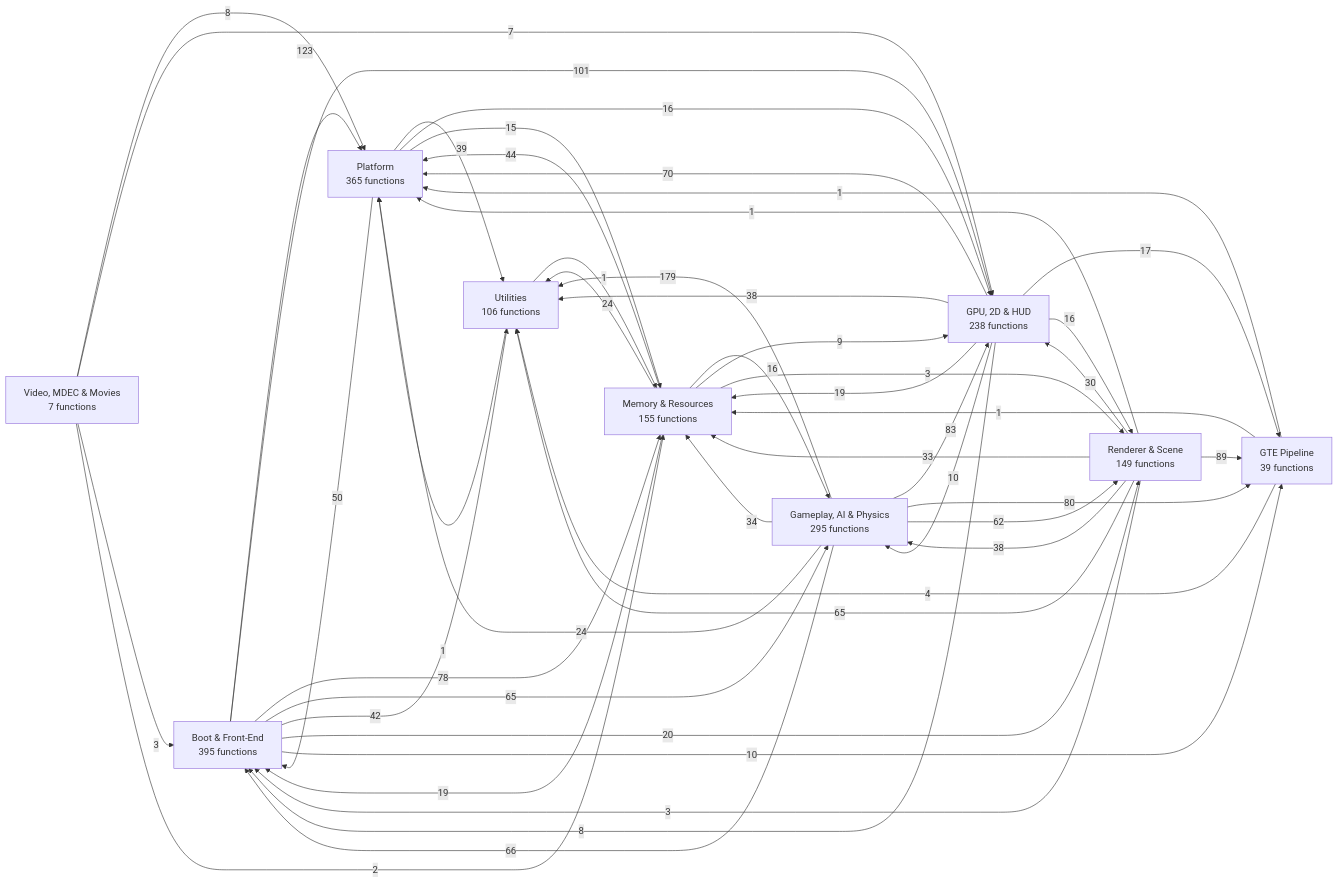
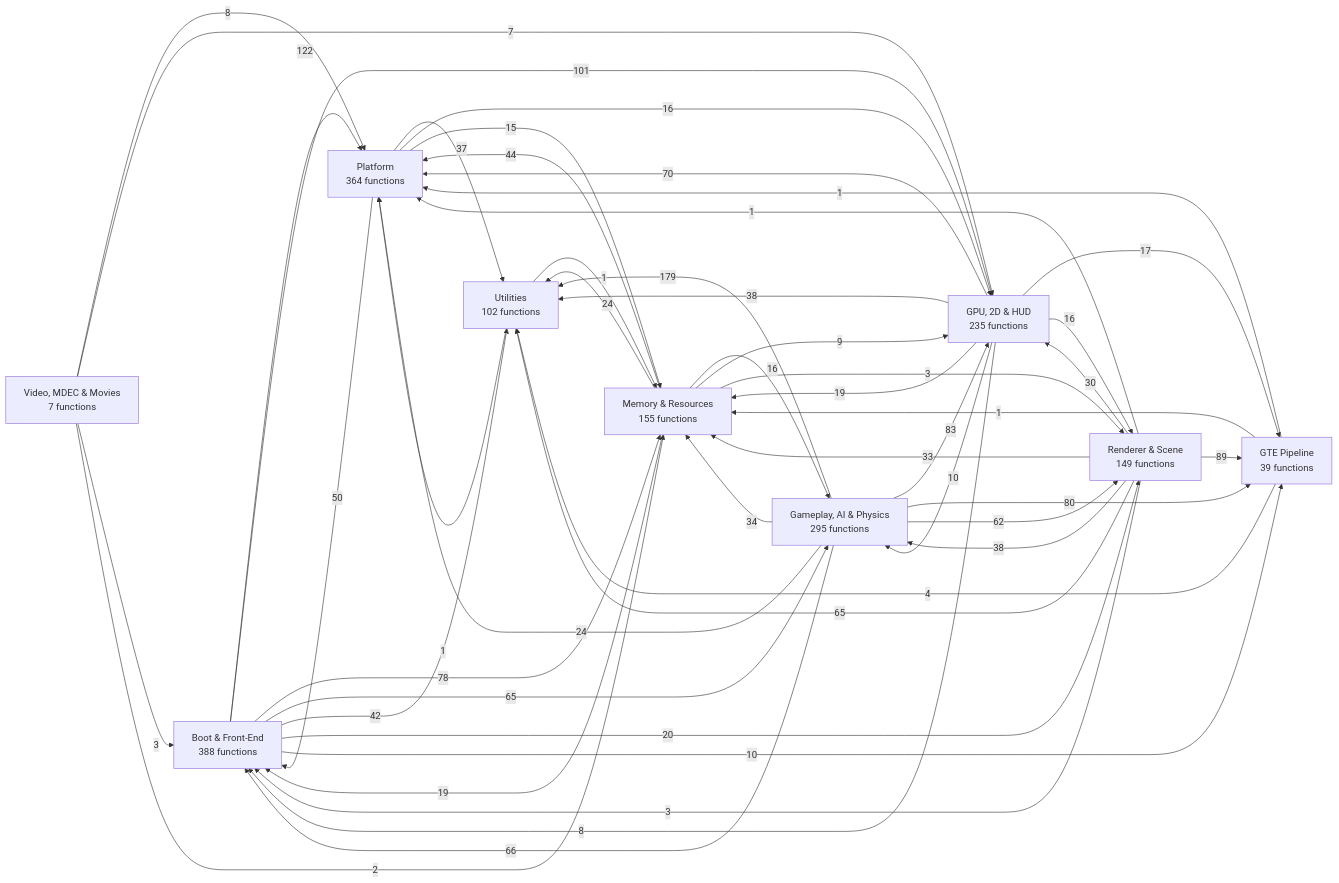
One commit to kai-luni/Future-Cop-L.A.P.D-PS1 changed the first of 11 diagrams in docs/FUNCTION_MAP.md. Above: the diagram before and after it, drawn with Mermaid. The commit also changed other lines of this file and 385 other files, not shown here.

````diff
--- a/docs/FUNCTION_MAP.md
+++ b/docs/FUNCTION_MAP.md
@@ -13,59 +13,59 @@
 ```mermaid
 graph LR
-    g0["Boot & Front-End<br/>395 functions"]
+    g0["Boot & Front-End<br/>388 functions"]
     g1["Memory & Resources<br/>155 functions"]
     g2["Video, MDEC & Movies<br/>7 functions"]
     g3["GTE Pipeline<br/>39 functions"]
     g4["Renderer & Scene<br/>149 functions"]
-    g5["GPU, 2D & HUD<br/>238 functions"]
+    g5["GPU, 2D & HUD<br/>235 functions"]
     g6["Gameplay, AI & Physics<br/>295 functions"]
-    g7["Platform<br/>365 functions"]
-    g8["Utilities<br/>106 functions"]
+    g7["Platform<br/>364 functions"]
+    g8["Utilities<br/>102 functions"]
     g6 -->|179| g8
-    g0 -->|123| g7
+    g0 -->|122| g7
     g0 -->|101| g5
     g4 -->|89| g3
     g6 -->|83| g5
     g6 -->|80| g3
     g0 -->|78| g1
     g5 -->|70| g7
     g6 -->|66| g0
     g0 -->|65| g6
     g4 -->|65| g8
     g6 -->|62| g4
     g7 -->|50| g0
     g1 -->|44| g7
     g0 -->|42| g8
-    g7 -->|39| g8
     g5 -->|38| g8
     g4 -->|38| g6
+    g7 -->|37| g8
     g6 -->|34| g1
     g4 -->|33| g1
     g4 -->|30| g5
     g6 -->|24| g7
     g1 -->|24| g8
     g0 -->|20| g4
     g5 -->|19| g1
     g1 -->|19| g0
     g5 -->|17| g3
     g5 -->|16| g4
     g1 -->|16| g6
     g7 -->|16| g5
     g7 -->|15| g1
     g0 -->|10| g3
     g5 -->|10| g6
     g1 -->|9| g5
     g5 -->|8| g0
     g2 -->|8| g7
     g2 -->|7| g5
     g3 -->|4| g8
     g1 -->|3| g4
     g4 -->|3| g0
     g2 -->|3| g0
     g2 -->|2| g1
     g3 -->|1| g1
     g3 -->|1| g7
     g4 -->|1| g7
     g8 -->|1| g1
     g8 -->|1| g7
 ```
````
